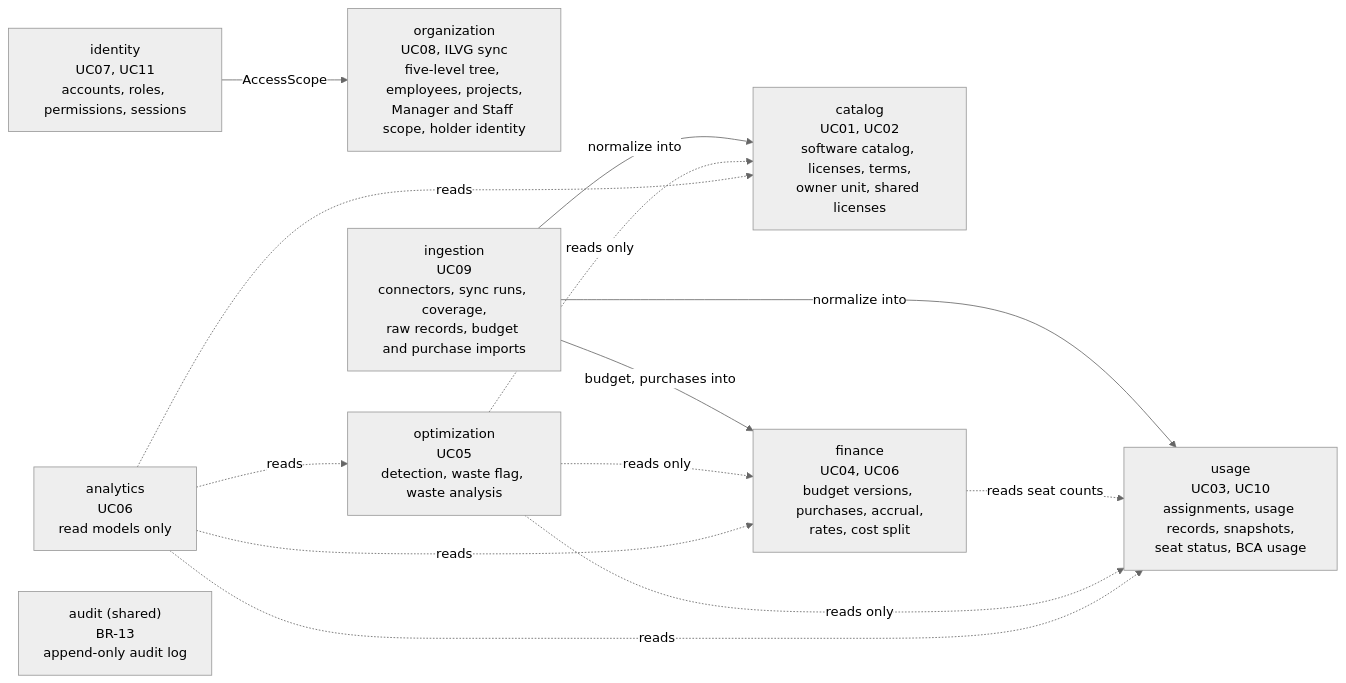
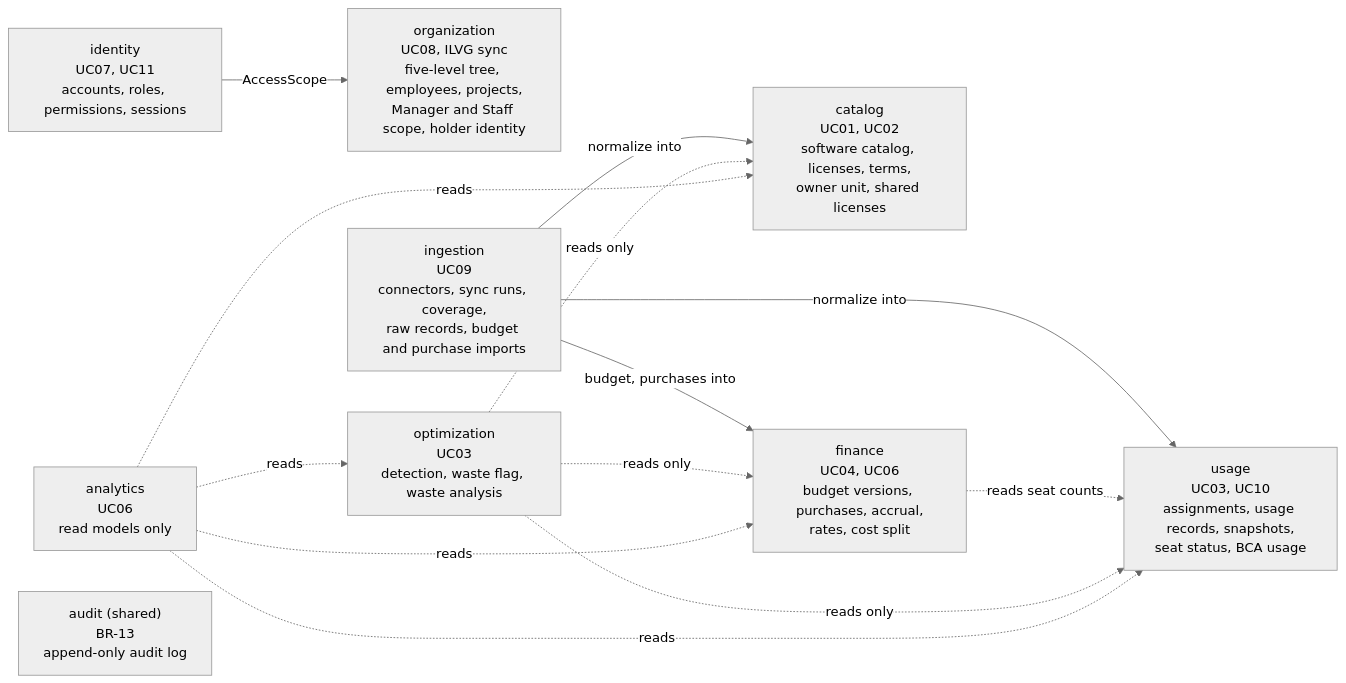
The fourth of 7 diagrams in docs/07-c4-architecture.md (cuonglpv/VFast), drawn with Mermaid (neutral theme) before and after one commit. The commit also changed 19 other files, not shown here.

````diff
--- a/docs/07-c4-architecture.md
+++ b/docs/07-c4-architecture.md
@@ -226,25 +226,25 @@
 ```mermaid
 flowchart LR
     identity["identity<br/>UC07, UC11<br/>accounts, roles, permissions, sessions"]
     organization["organization<br/>UC08, ILVG sync<br/>five-level tree, employees, projects,<br/>Manager and Staff scope, holder identity"]
     catalog["catalog<br/>UC01, UC02<br/>software catalog, licenses, terms,<br/>owner unit, shared licenses"]
     ingestion["ingestion<br/>UC09<br/>connectors, sync runs, coverage,<br/>raw records, budget and purchase imports"]
     usage["usage<br/>UC03, UC10<br/>assignments, usage records, snapshots,<br/>seat status, BCA usage"]
     finance["finance<br/>UC04, UC06<br/>budget versions, purchases, accrual,<br/>rates, cost split"]
-    optimization["optimization<br/>UC05<br/>detection, waste flag, waste analysis"]
+    optimization["optimization<br/>UC03<br/>detection, waste flag, waste analysis"]
     analytics["analytics<br/>UC06<br/>read models only"]
     audit["audit (shared)<br/>BR-13<br/>append-only audit log"]
 
     ingestion -- "normalize into" --> catalog
     ingestion -- "normalize into" --> usage
     ingestion -- "budget, purchases into" --> finance
     finance -. "reads seat counts" .-> usage
     optimization -. "reads only" .-> usage
     optimization -. "reads only" .-> finance
     optimization -. "reads only" .-> catalog
     analytics -. "reads" .-> optimization
     analytics -. "reads" .-> finance
     analytics -. "reads" .-> usage
     analytics -. "reads" .-> catalog
     identity -- "AccessScope" --> organization
 ```
````
